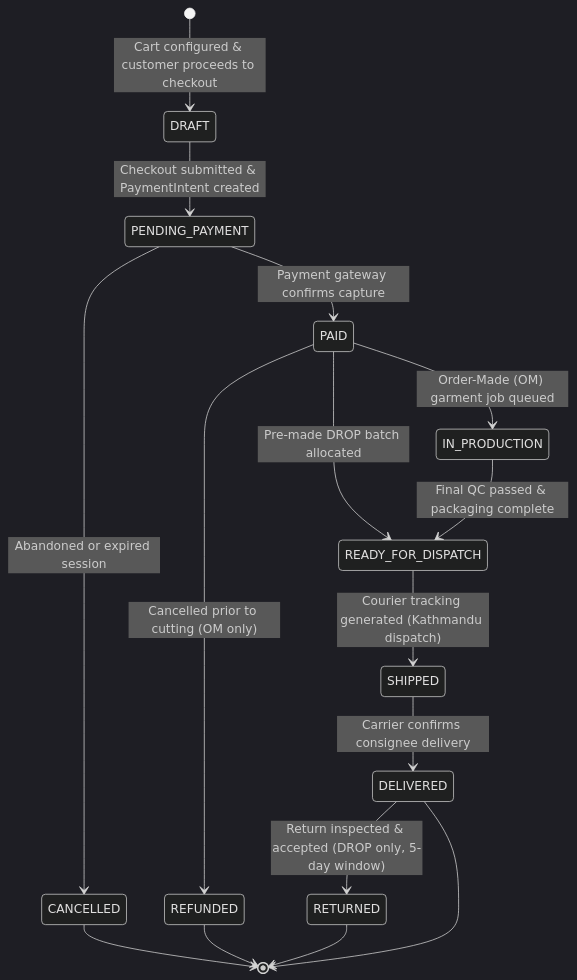
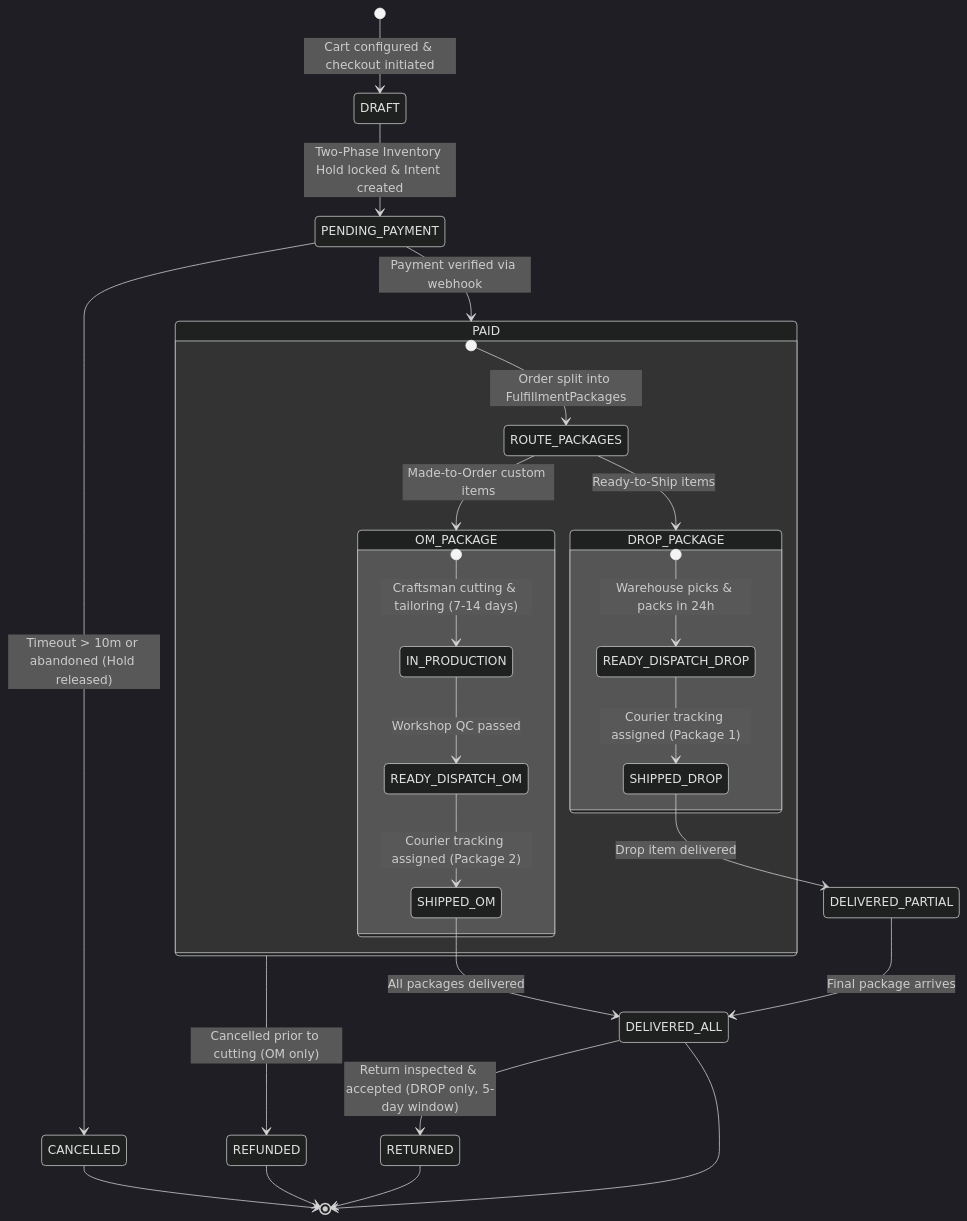
The diagram in docs/assets/diagrams/src/order-lifecycle.mmd (Sarthak2233/Jeanius), drawn with Mermaid (dark theme) before and after one commit. The commit also changed 10 other files, not shown here.

Commit message:
feat(architecture): integrate 8 scale, concurrency, and craft enhancements (ADR-006, ADR-007, split fulfillment, two-phase holds, outbox pattern)

```diff
--- a/docs/assets/diagrams/src/order-lifecycle.mmd
+++ b/docs/assets/diagrams/src/order-lifecycle.mmd
@@ -1,20 +1,34 @@
 stateDiagram-v2
-    [*] --> DRAFT: Cart configured & customer proceeds to checkout
-    DRAFT --> PENDING_PAYMENT: Checkout submitted & PaymentIntent created
-    PENDING_PAYMENT --> PAID: Payment gateway confirms capture
-    PENDING_PAYMENT --> CANCELLED: Abandoned or expired session
+    [*] --> DRAFT: Cart configured & checkout initiated
+    DRAFT --> PENDING_PAYMENT: Two-Phase Inventory Hold locked & Intent created
+    PENDING_PAYMENT --> PAID: Payment verified via webhook
+    PENDING_PAYMENT --> CANCELLED: Timeout > 10m or abandoned (Hold released)
     
-    PAID --> IN_PRODUCTION: Order-Made (OM) garment job queued
-    PAID --> READY_FOR_DISPATCH: Pre-made DROP batch allocated
+    state PAID {
+        [*] --> ROUTE_PACKAGES: Order split into FulfillmentPackages
+        ROUTE_PACKAGES --> DROP_PACKAGE: Ready-to-Ship items
+        ROUTE_PACKAGES --> OM_PACKAGE: Made-to-Order custom items
+        
+        state DROP_PACKAGE {
+            [*] --> READY_DISPATCH_DROP: Warehouse picks & packs in 24h
+            READY_DISPATCH_DROP --> SHIPPED_DROP: Courier tracking assigned (Package 1)
+        }
+        
+        state OM_PACKAGE {
+            [*] --> IN_PRODUCTION: Craftsman cutting & tailoring (7-14 days)
+            IN_PRODUCTION --> READY_DISPATCH_OM: Workshop QC passed
+            READY_DISPATCH_OM --> SHIPPED_OM: Courier tracking assigned (Package 2)
+        }
+    }
     
-    IN_PRODUCTION --> READY_FOR_DISPATCH: Final QC passed & packaging complete
-    READY_FOR_DISPATCH --> SHIPPED: Courier tracking generated (Kathmandu dispatch)
-    SHIPPED --> DELIVERED: Carrier confirms consignee delivery
+    SHIPPED_DROP --> DELIVERED_PARTIAL: Drop item delivered
+    SHIPPED_OM --> DELIVERED_ALL: All packages delivered
+    DELIVERED_PARTIAL --> DELIVERED_ALL: Final package arrives
     
     PAID --> REFUNDED: Cancelled prior to cutting (OM only)
-    DELIVERED --> RETURNED: Return inspected & accepted (DROP only, 5-day window)
+    DELIVERED_ALL --> RETURNED: Return inspected & accepted (DROP only, 5-day window)
     
     CANCELLED --> [*]
     REFUNDED --> [*]
     RETURNED --> [*]
-    DELIVERED --> [*]
+    DELIVERED_ALL --> [*]
```
